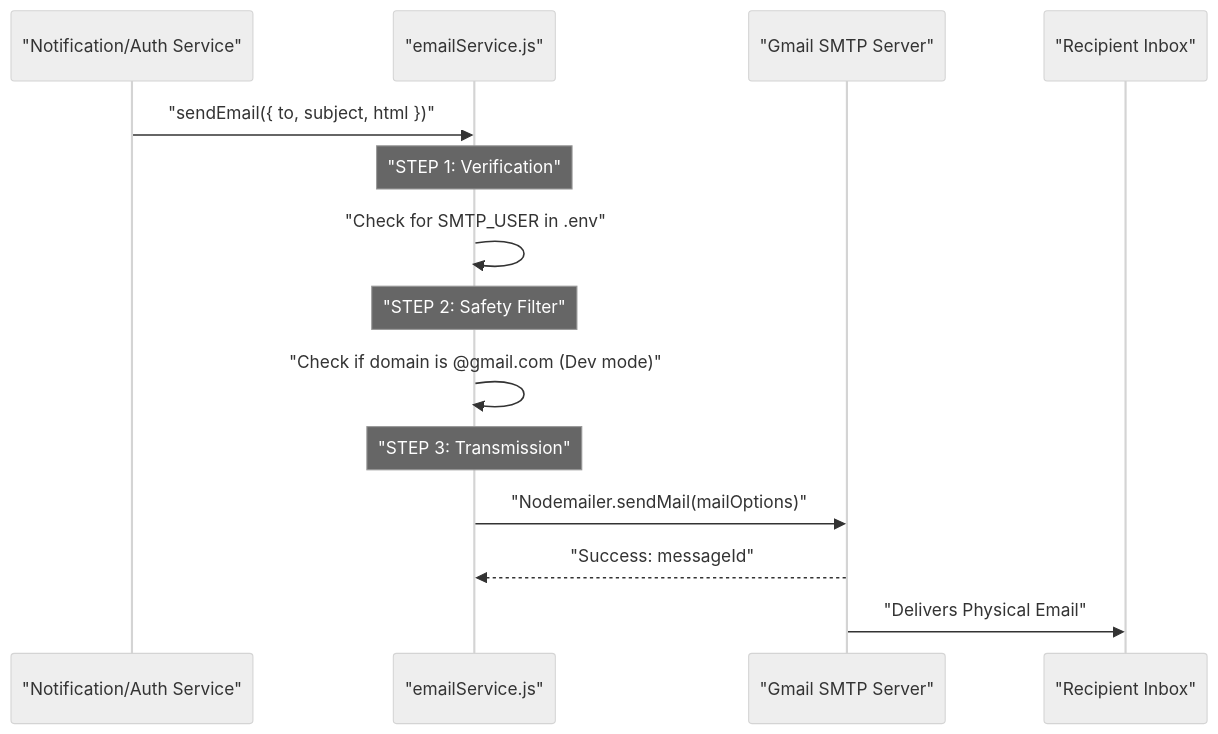
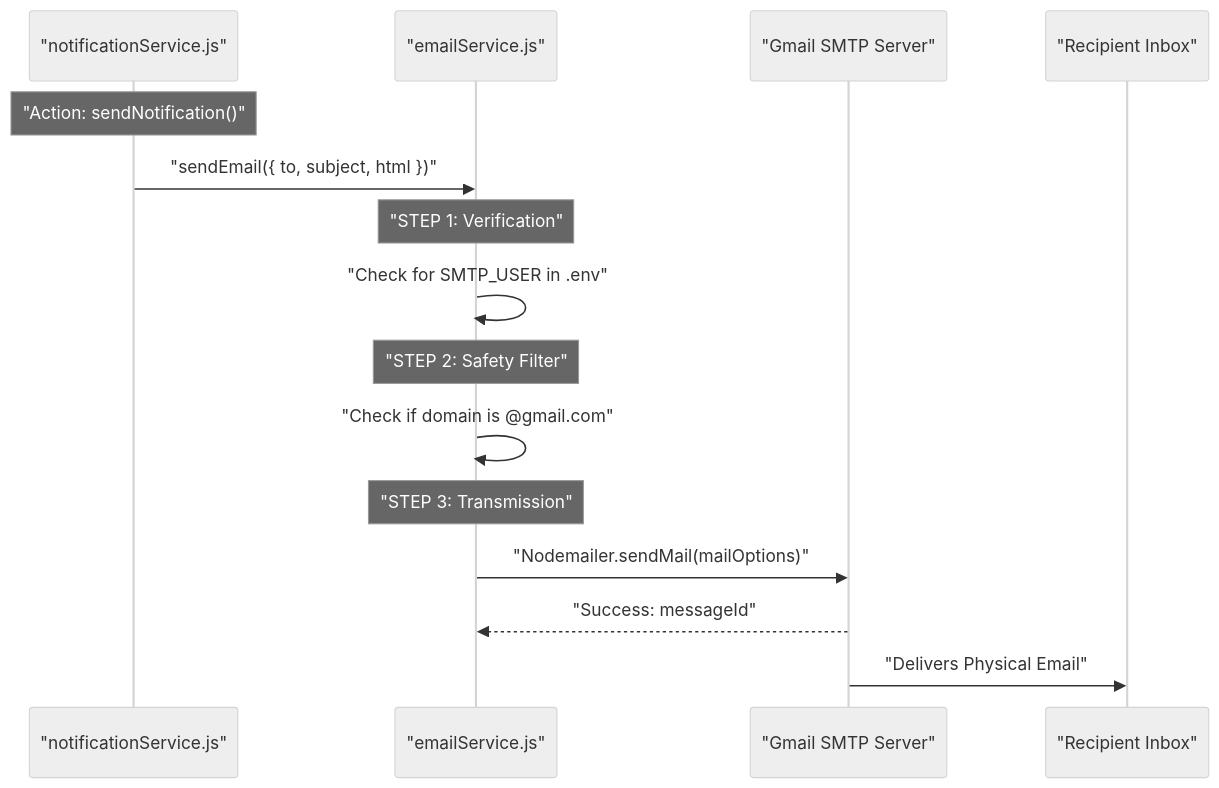
Before and after one commit to sba-0406/JodsScreening: the second of 6 diagrams in docs/system_flows.md, drawn with Mermaid (neutral theme). The commit also changed other lines of this file and 22 other files, not shown here.

````diff
--- a/docs/system_flows.md
+++ b/docs/system_flows.md
@@ -46,21 +47,22 @@
 ```mermaid
 sequenceDiagram
-    participant NS as "Notification/Auth Service"
+    participant NS as "notificationService.js"
     participant ES as "emailService.js"
     participant SMTP as "Gmail SMTP Server"
     participant User as "Recipient Inbox"
 
+    Note over NS: "Action: sendNotification()"
     NS->>ES: "sendEmail({ to, subject, html })"
     
     Note over ES: "STEP 1: Verification"
     ES->>ES: "Check for SMTP_USER in .env"
     
     Note over ES: "STEP 2: Safety Filter"
-    ES->>ES: "Check if domain is @gmail.com (Dev mode)"
+    ES->>ES: "Check if domain is @gmail.com"
 
     Note over ES: "STEP 3: Transmission"
     ES->>SMTP: "Nodemailer.sendMail(mailOptions)"
     SMTP-->>ES: "Success: messageId"
     
     SMTP->>User: "Delivers Physical Email"
 ```
````
